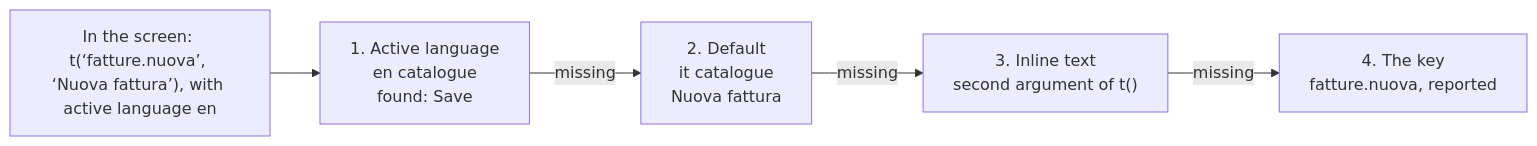
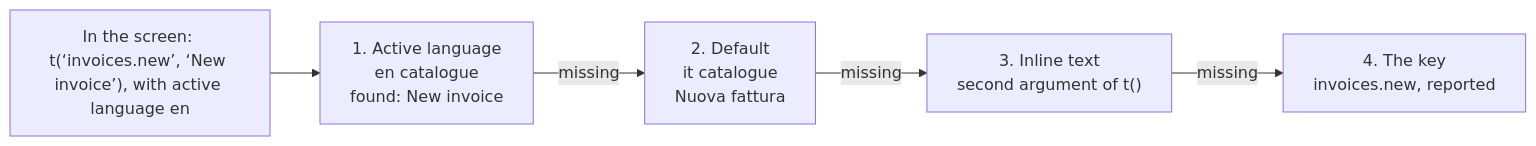
The diagram in docs/dynamic-texts-and-i18n.md (sramaccini/quadrava), drawn with Mermaid before and after one commit. The commit also changed other lines of this file and 96 other files, not shown here.

````diff
--- a/docs/dynamic-texts-and-i18n.md
+++ b/docs/dynamic-texts-and-i18n.md
@@ -81,7 +81,7 @@
 ```mermaid
 flowchart LR
-  s["In the screen: t(‘fatture.nuova’, ‘Nuova fattura’), with active language en"] --> l1
-  l1["1. Active language<br/>en catalogue<br/>found: Save"] -- missing --> l2["2. Default<br/>it catalogue<br/>Nuova fattura"]
+  s["In the screen: t(‘invoices.new’, ‘New invoice’), with active language en"] --> l1
+  l1["1. Active language<br/>en catalogue<br/>found: New invoice"] -- missing --> l2["2. Default<br/>it catalogue<br/>Nuova fattura"]
   l2 -- missing --> l3["3. Inline text<br/>second argument of t()"]
-  l3 -- missing --> l4["4. The key<br/>fatture.nuova, reported"]
+  l3 -- missing --> l4["4. The key<br/>invoices.new, reported"]
 ```
````
